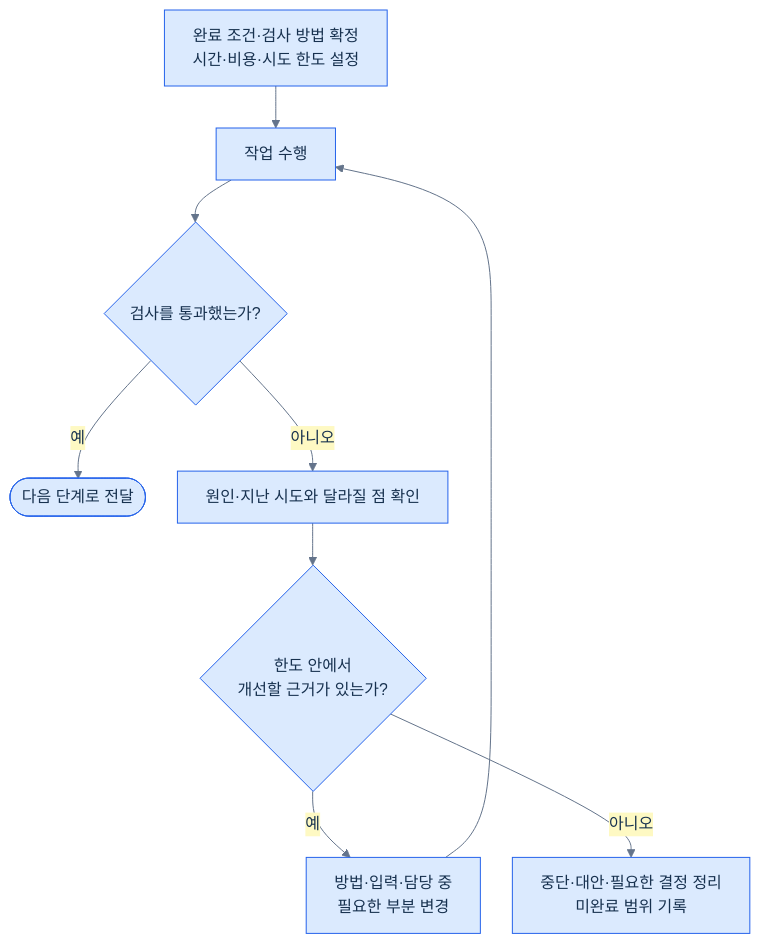
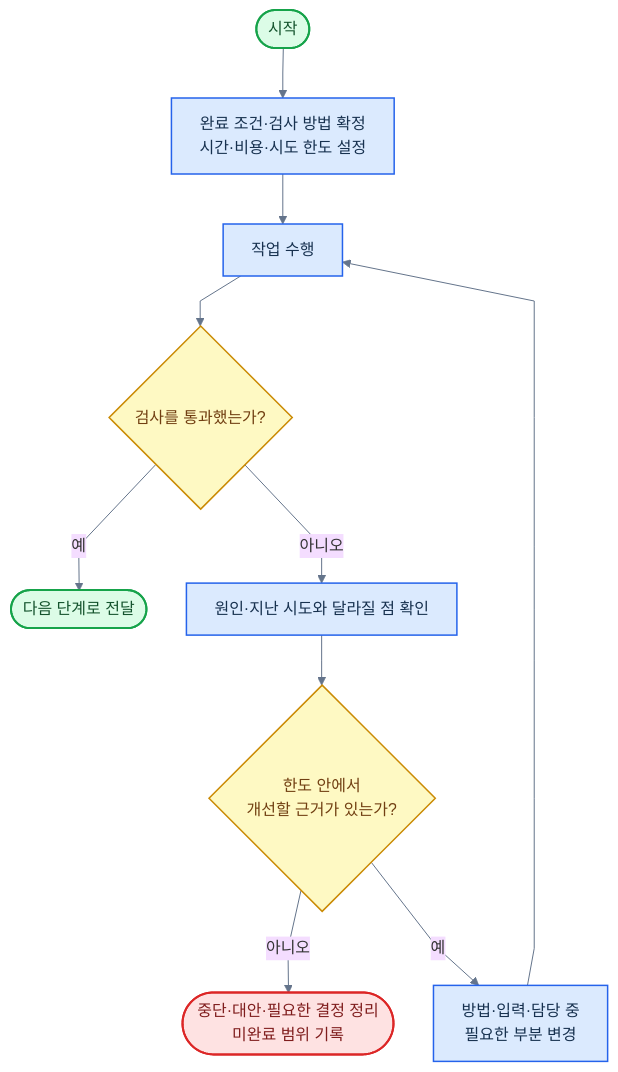
Before and after one commit to harisbaguette/expert: the tenth of 17 diagrams in 전문가 에이전트 정의 2.md, drawn with Mermaid. The commit also changed other lines of this file, not shown here.

````diff
--- a/전문가 에이전트 정의 2.md
+++ b/전문가 에이전트 정의 2.md
@@ -320,11 +432,26 @@
 ```mermaid
-%%{init: {"theme": "base", "themeVariables": {"fontFamily": "Arial, sans-serif", "fontSize": "16px", "primaryColor": "#dbeafe", "primaryTextColor": "#17314f", "primaryBorderColor": "#2563eb", "lineColor": "#64748b", "secondaryColor": "#fef9c3", "tertiaryColor": "#f8fafc"}, "flowchart": {"curve": "basis", "nodeSpacing": 32, "rankSpacing": 42, "padding": 14, "wrappingWidth": 240, "useMaxWidth": true}}}%%
+%%{init: {"theme":"base","themeVariables":{"fontFamily":"Arial, sans-serif","fontSize":"16px","lineColor":"#64748b"},"flowchart":{"curve":"linear","nodeSpacing":40,"rankSpacing":50,"padding":14,"wrappingWidth":240,"useMaxWidth":true}}}%%
 flowchart TB
+    S(["시작"])
     A["완료 조건·검사 방법 확정<br/>시간·비용·시도 한도 설정"]
-    A --> B["작업 수행"] --> C{"검사를 통과했는가?"}
-    C -->|예| D(["다음 단계로 전달"])
-    C -->|아니오| E["원인·지난 시도와 달라질 점 확인"]
-    E --> F{"한도 안에서<br/>개선할 근거가 있는가?"}
-    F -->|예| G["방법·입력·담당 중<br/>필요한 부분 변경"] --> B
-    F -->|아니오| H["중단·대안·필요한 결정 정리<br/>미완료 범위 기록"]
+    B["작업 수행"]
+    C{"검사를 통과했는가?"}
+    D(["다음 단계로 전달"])
+    E["원인·지난 시도와 달라질 점 확인"]
+    F{"한도 안에서<br/>개선할 근거가 있는가?"}
+    G["방법·입력·담당 중<br/>필요한 부분 변경"]
+    H(["중단·대안·필요한 결정 정리<br/>미완료 범위 기록"])
+    S --> A --> B --> C
+    C -->|예| D
+    C -->|아니오| E --> F
+    G --> B
+    F -->|아니오| H
+    F -->|예| G
+    classDef default fill:#dbeafe,stroke:#2563eb,stroke-width:1.5px,color:#17314f
+    classDef term fill:#dcfce7,stroke:#16a34a,stroke-width:2px,color:#14532d
+    classDef stop fill:#fee2e2,stroke:#dc2626,stroke-width:2px,color:#7f1d1d
+    classDef dec fill:#fef9c3,stroke:#ca8a04,stroke-width:1.5px,color:#713f12
+    class S,D term
+    class H stop
+    class C,F dec
 ```
````
